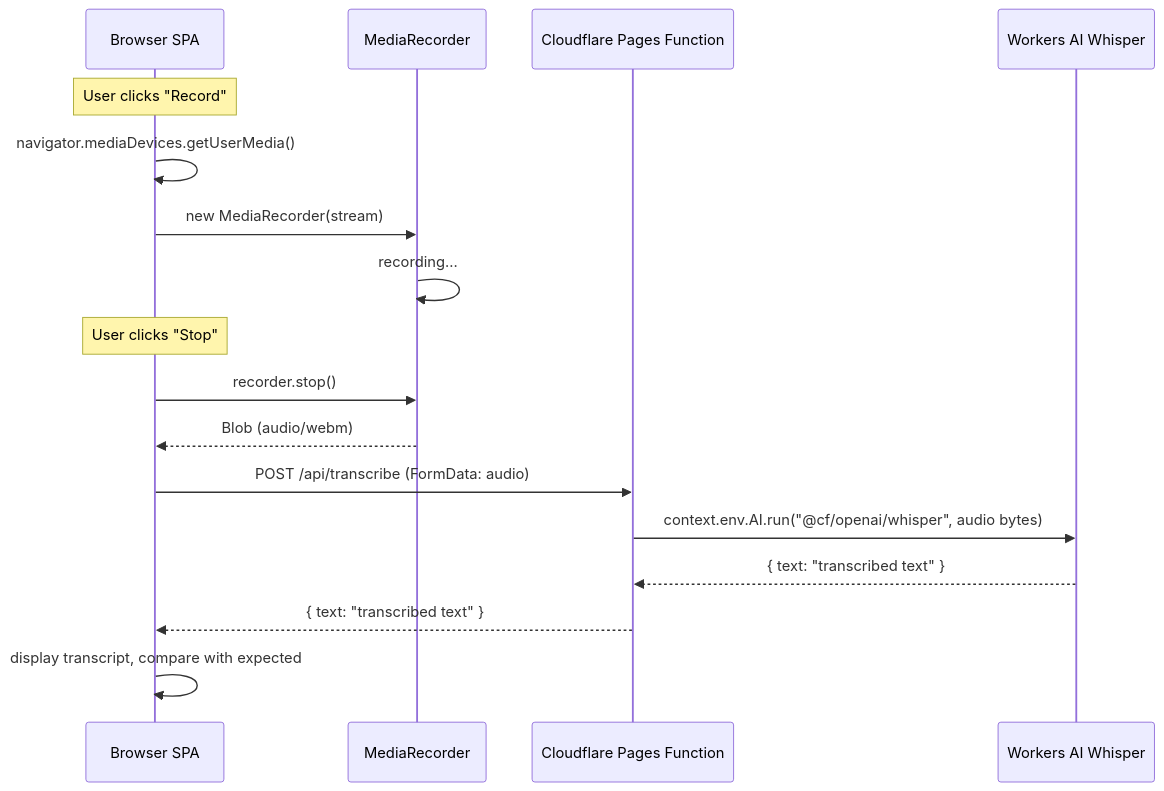
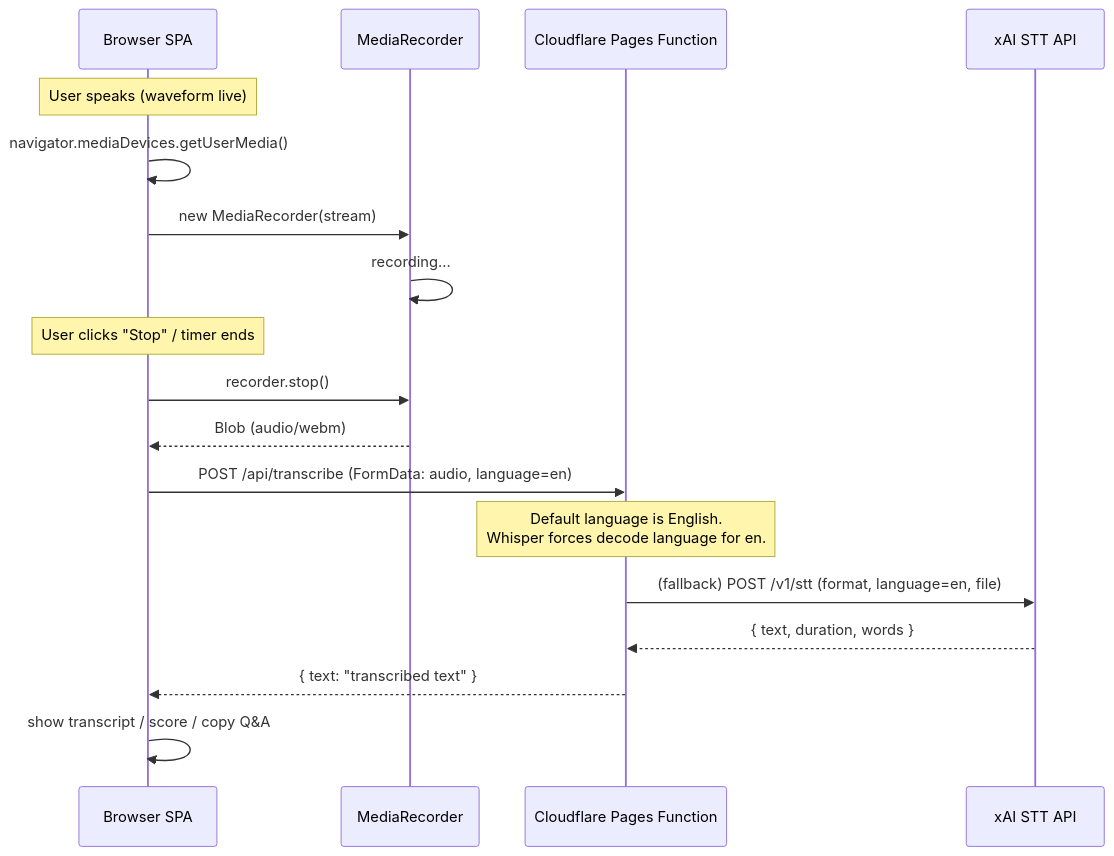
Before and after one commit to frinfo702/english-test-generator: the diagram in droid-wiki/systems/speech-recognition.md, drawn with Mermaid. The commit also changed other lines of this file and 60 other files, not shown here.

Commit message:
add xai api

````diff
--- a/droid-wiki/systems/speech-recognition.md
+++ b/droid-wiki/systems/speech-recognition.md
@@ -7,20 +7,21 @@
 ```mermaid
 sequenceDiagram
     participant Browser as Browser SPA
     participant MR as MediaRecorder
     participant CF as Cloudflare Pages Function
-    participant WA as Workers AI Whisper
+    participant XAI as xAI STT API
 
-    Note over Browser: User clicks "Record"
+    Note over Browser: User speaks (waveform live)
     Browser->>Browser: navigator.mediaDevices.getUserMedia()
     Browser->>MR: new MediaRecorder(stream)
     MR->>MR: recording...
-    Note over Browser: User clicks "Stop"
+    Note over Browser: User clicks "Stop" / timer ends
     Browser->>MR: recorder.stop()
     MR-->>Browser: Blob (audio/webm)
-    Browser->>CF: POST /api/transcribe (FormData: audio)
-    CF->>WA: context.env.AI.run("@cf/openai/whisper", audio bytes)
-    WA-->>CF: { text: "transcribed text" }
+    Browser->>CF: POST /api/transcribe (FormData: audio, language=en)
+    Note over CF: Default language is English.<br/>Whisper forces decode language for en.
+    CF->>XAI: (fallback) POST /v1/stt (format, language=en, file)
+    XAI-->>CF: { text, duration, words }
     CF-->>Browser: { text: "transcribed text" }
-    Browser->>Browser: display transcript, compare with expected
+    Browser->>Browser: show transcript / score / copy Q&A
 ```
````
